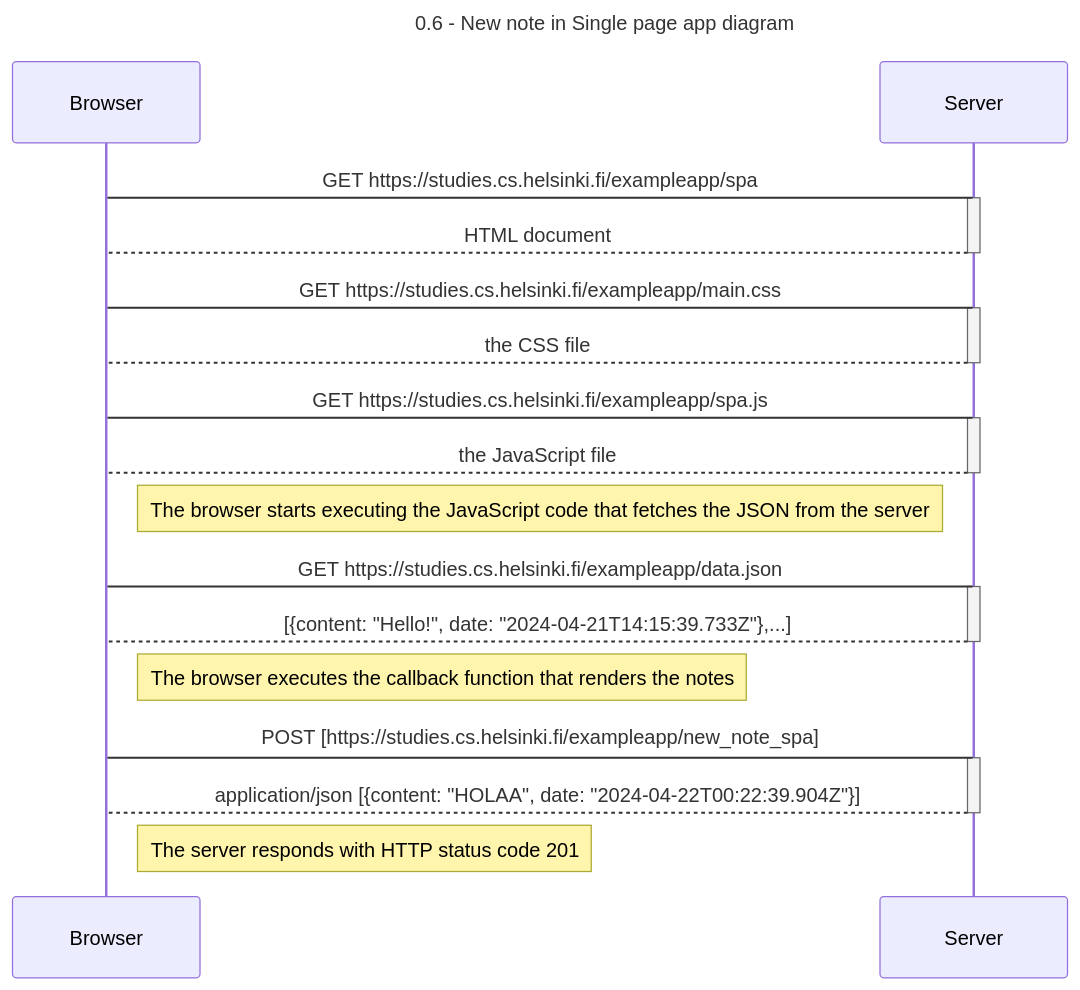
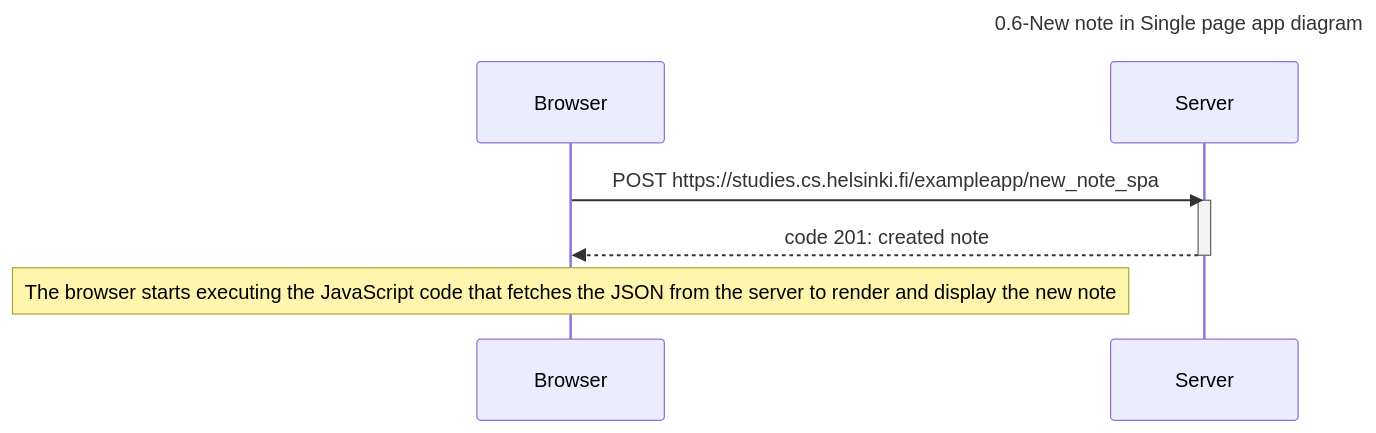
Before and after one commit to Prernagupta110/Full_stack: the diagram in part0/Ex_0.6.md, drawn with Mermaid.

Commit message:
change 1

````diff
--- a/part0/Ex_0.6.md
+++ b/part0/Ex_0.6.md
@@ -1,34 +1,13 @@
 ```mermaid
 sequenceDiagram
-    title 0.6 - New note in Single page app diagram
+    title 0.6-New note in Single page app diagram
     participant Browser
     participant Server
 
-    Browser->Server: GET https://studies.cs.helsinki.fi/exampleapp/spa
+    Browser->>Server: POST https://studies.cs.helsinki.fi/exampleapp/new_note_spa
     activate Server
-    Server-->Browser: HTML document
+    Server-->>Browser: code 201: created note
     deactivate Server
 
-    Browser->Server: GET https://studies.cs.helsinki.fi/exampleapp/main.css
-    activate Server
-    Server-->Browser: the CSS file
-    deactivate Server
-
-    Browser->Server: GET https://studies.cs.helsinki.fi/exampleapp/spa.js
-    activate Server
-    Server-->Browser: the JavaScript file
-    deactivate Server
-    note right of Browser: The browser starts executing the JavaScript code that fetches the JSON from the server
-
-    Browser->Server: GET https://studies.cs.helsinki.fi/exampleapp/data.json
-    activate Server
-    Server-->Browser: [{content: "Hello!", date: "2024-04-21T14:15:39.733Z"},...]
-    deactivate Server
-    note right of Browser: The browser executes the callback function  that renders the notes
-
-    Browser->Server: POST [https://studies.cs.helsinki.fi/exampleapp/new_note_spa]
-    activate Server
-    Server-->Browser: application/json [{content: "HOLAA", date: "2024-04-22T00:22:39.904Z"}]
-    deactivate Server
-    note right of Browser:The server responds with HTTP status code 201
+    note over Browser: The browser starts executing the JavaScript code that fetches the JSON from the server to render and display the new note
 ```
````
